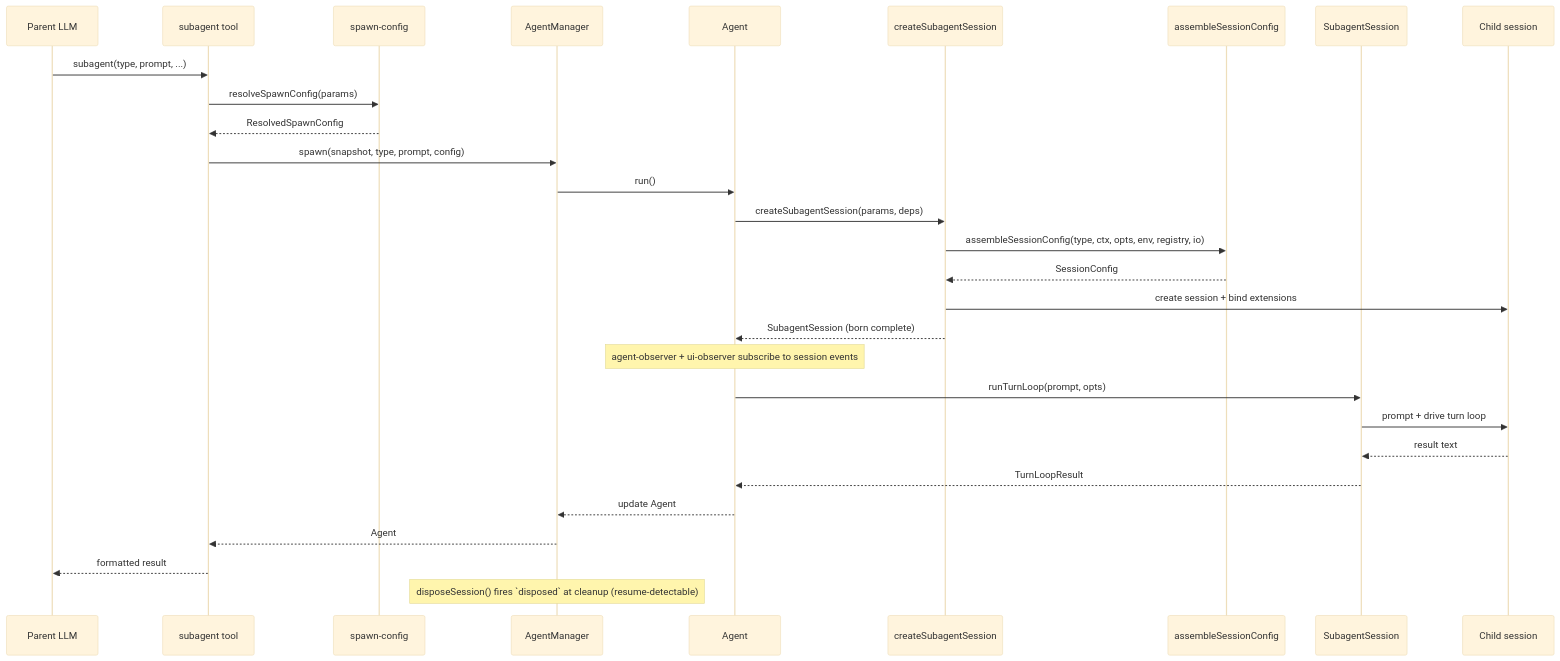
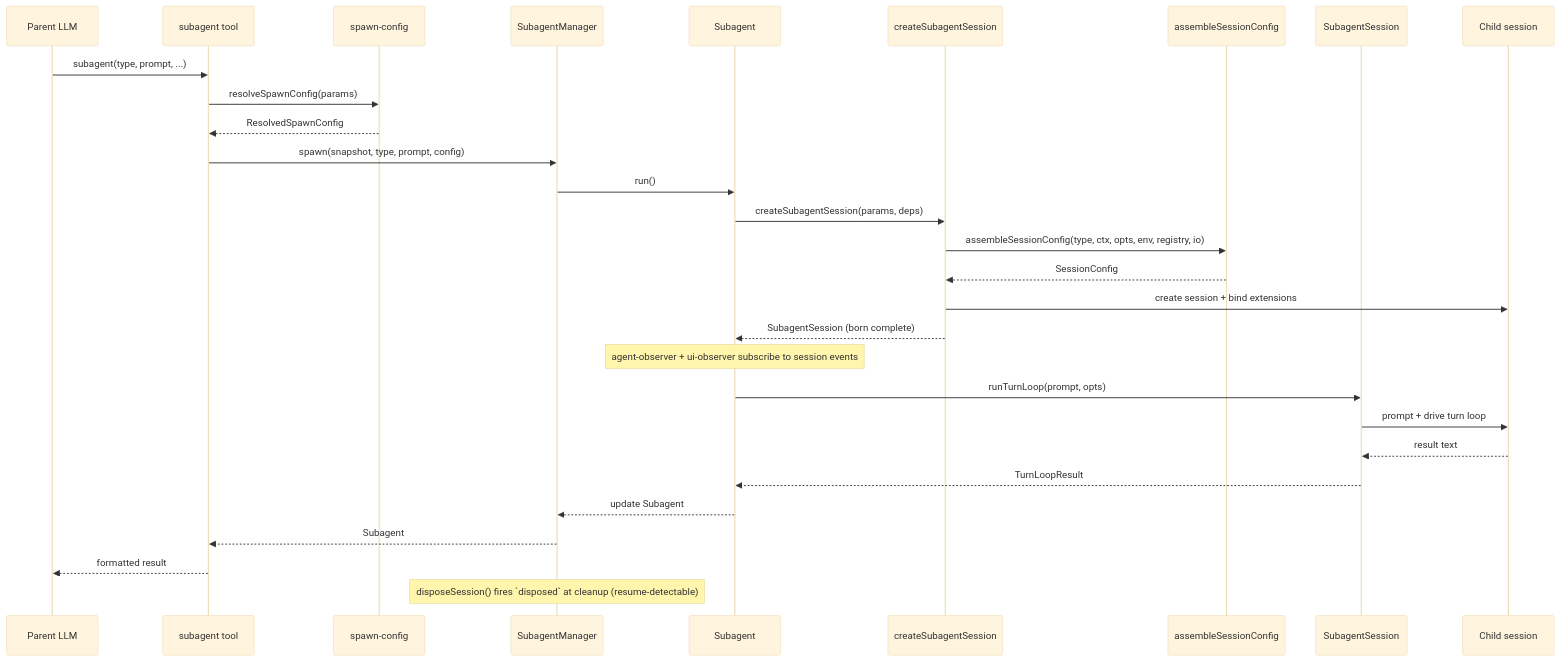
Before and after one commit to NicoSenerman/pi-packages: the fourth of 5 diagrams in packages/pi-subagents/docs/architecture/architecture.md, drawn with Mermaid (base theme). The commit also changed other lines of this file and 1 other file, not shown here.

First line of the commit message:
docs: update architecture and skill docs for Subagent rename (#280)

````diff
--- a/packages/pi-subagents/docs/architecture/architecture.md
+++ b/packages/pi-subagents/docs/architecture/architecture.md
@@ -214,32 +214,32 @@
 ```mermaid
 sequenceDiagram
     participant LLM as Parent LLM
     participant Tool as subagent tool
     participant Spawn as spawn-config
-    participant Mgr as AgentManager
-    participant Ag as Agent
+    participant Mgr as SubagentManager
+    participant Ag as Subagent
     participant Factory as createSubagentSession
     participant Asm as assembleSessionConfig
     participant Sub as SubagentSession
     participant Child as Child session
 
     LLM->>Tool: subagent(type, prompt, ...)
     Tool->>Spawn: resolveSpawnConfig(params)
     Spawn-->>Tool: ResolvedSpawnConfig
     Tool->>Mgr: spawn(snapshot, type, prompt, config)
     Mgr->>Ag: run()
     Ag->>Factory: createSubagentSession(params, deps)
     Factory->>Asm: assembleSessionConfig(type, ctx, opts, env, registry, io)
     Asm-->>Factory: SessionConfig
     Factory->>Child: create session + bind extensions
     Factory-->>Ag: SubagentSession (born complete)
     Note over Ag: agent-observer + ui-observer subscribe to session events
     Ag->>Sub: runTurnLoop(prompt, opts)
     Sub->>Child: prompt + drive turn loop
     Child-->>Sub: result text
     Sub-->>Ag: TurnLoopResult
-    Ag-->>Mgr: update Agent
-    Mgr-->>Tool: Agent
+    Ag-->>Mgr: update Subagent
+    Mgr-->>Tool: Subagent
     Tool-->>LLM: formatted result
     Note over Mgr: disposeSession() fires `disposed` at cleanup (resume-detectable)
 ```
````
